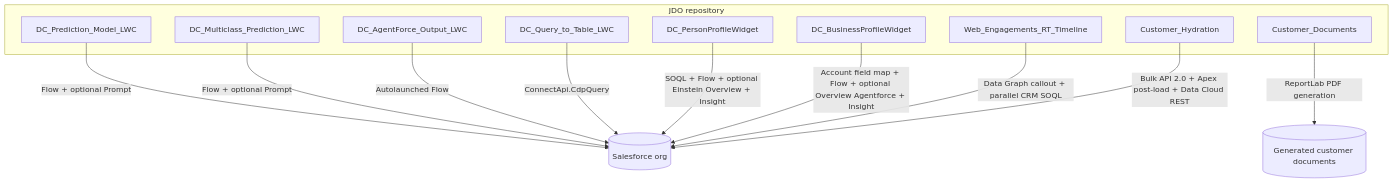
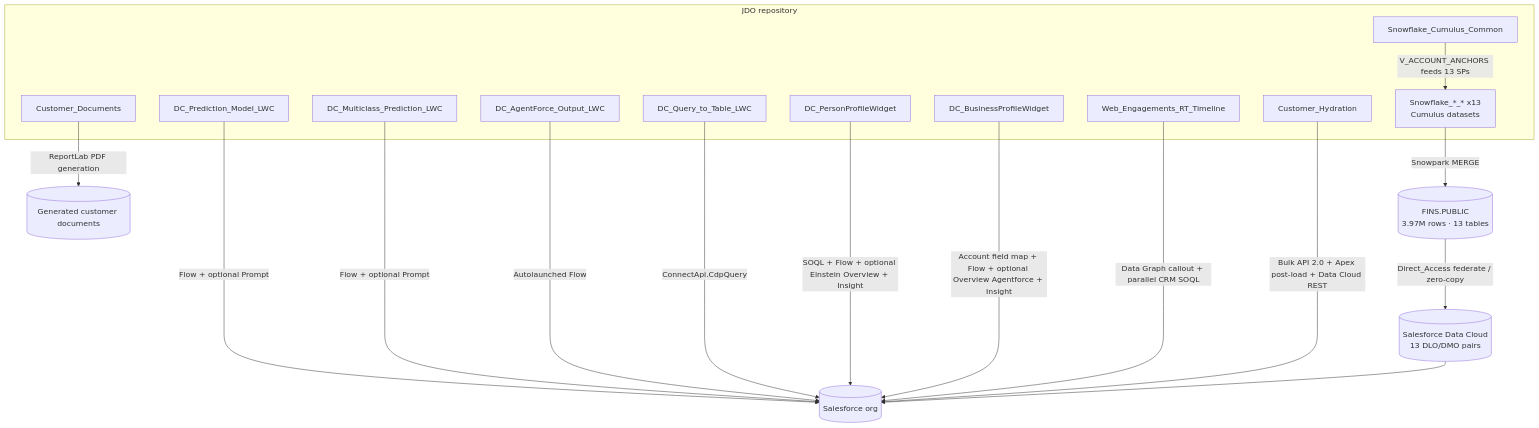
The diagram in docs/MONOREPO_OVERVIEW.md (josers18/JDO), drawn with Mermaid before and after one commit. The commit also changed other lines of this file and 28 other files, not shown here.

````diff
--- a/docs/MONOREPO_OVERVIEW.md
+++ b/docs/MONOREPO_OVERVIEW.md
@@ -7,23 +7,29 @@
 ```mermaid
 flowchart TB
     subgraph repo [JDO repository]
         P[DC_Prediction_Model_LWC]
         M[DC_Multiclass_Prediction_LWC]
         A[DC_AgentForce_Output_LWC]
         Q[DC_Query_to_Table_LWC]
         C[DC_PersonProfileWidget]
         B[DC_BusinessProfileWidget]
         W[Web_Engagements_RT_Timeline]
         H[Customer_Hydration]
         D[Customer_Documents]
+        SC[Snowflake_Cumulus_Common]
+        SD[Snowflake_*_* x13<br/>Cumulus datasets]
     end
     P --> |Flow + optional Prompt| SF[(Salesforce org)]
     M --> |Flow + optional Prompt| SF
     A --> |Autolaunched Flow| SF
     Q --> |ConnectApi.CdpQuery| SF
     C --> |SOQL + Flow + optional Einstein Overview + Insight| SF
     B --> |Account field map + Flow + optional Overview Agentforce + Insight| SF
     W --> |Data Graph callout + parallel CRM SOQL| SF
     H --> |Bulk API 2.0 + Apex post-load + Data Cloud REST| SF
     D --> |ReportLab PDF generation| PDF[(Generated customer documents)]
+    SC --> |V_ACCOUNT_ANCHORS feeds 13 SPs| SD
+    SD --> |Snowpark MERGE| SNOW[(FINS.PUBLIC<br/>3.97M rows · 13 tables)]
+    SNOW --> |Direct_Access federate / zero-copy| DC[(Salesforce Data Cloud<br/>13 DLO/DMO pairs)]
+    DC --> SF
 ```
````
